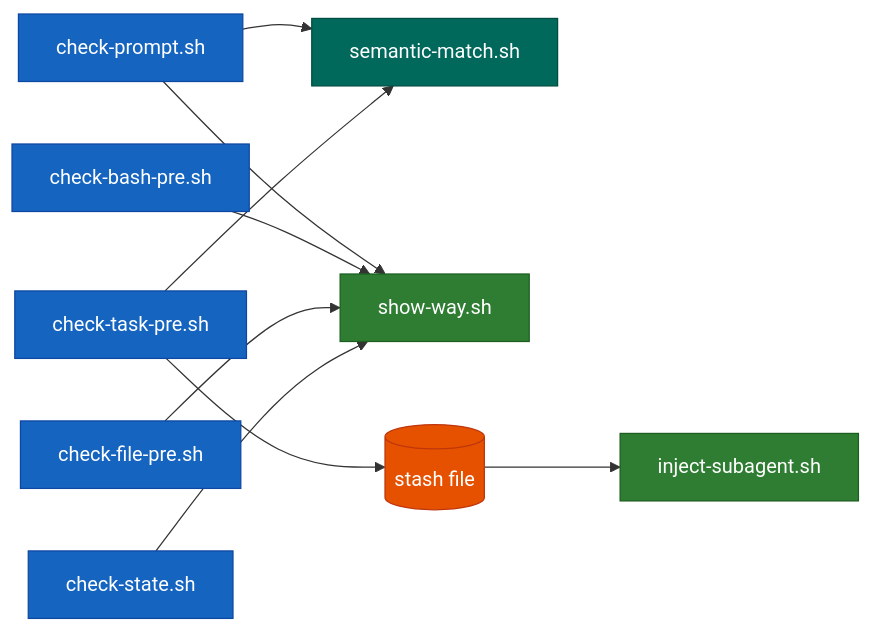
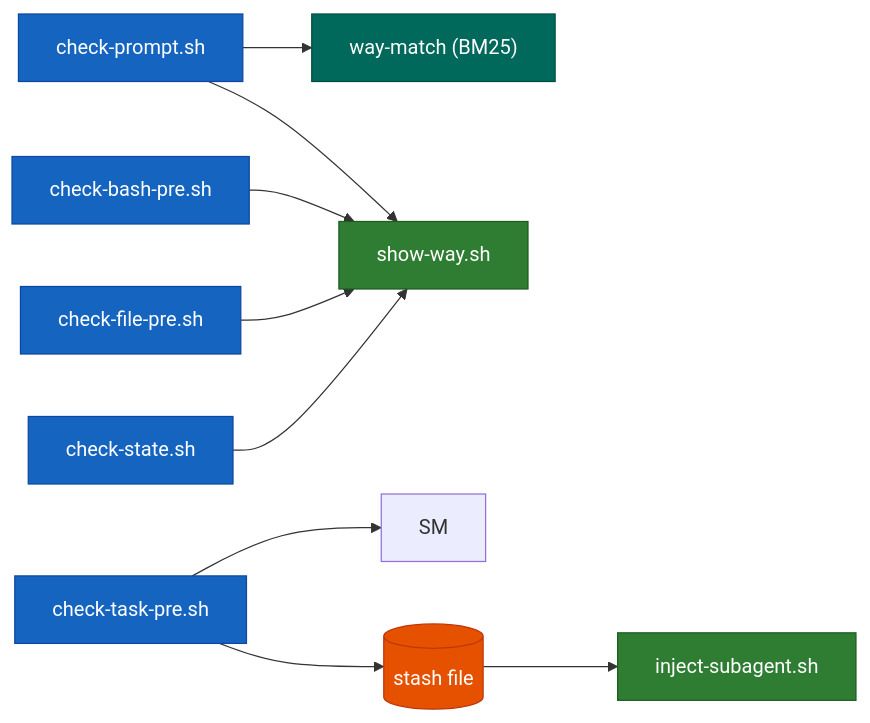
Before and after one commit to aaronsb/claude-code-config: the tenth of 12 diagrams in docs/architecture.md, drawn with Mermaid. The commit also changed other lines of this file and 3 other files, not shown here.

````diff
--- a/docs/architecture.md
+++ b/docs/architecture.md
@@ -406,18 +402,18 @@
 ```mermaid
 flowchart LR
     classDef trigger fill:#1565C0,stroke:#0D47A1,color:#fff
     classDef scan fill:#6A1B9A,stroke:#4A148C,color:#fff
     classDef output fill:#2E7D32,stroke:#1B5E20,color:#fff
     classDef stash fill:#E65100,stroke:#BF360C,color:#fff
     classDef util fill:#00695C,stroke:#004D40,color:#fff
 
-    CP["check-prompt.sh"]:::trigger --> SM["semantic-match.sh"]:::util
+    CP["check-prompt.sh"]:::trigger --> WM["way-match (BM25)"]:::util
     CP --> SW["show-way.sh"]:::output
     CB["check-bash-pre.sh"]:::trigger --> SW
     CF["check-file-pre.sh"]:::trigger --> SW
     CS["check-state.sh"]:::trigger --> SW
 
     CT["check-task-pre.sh"]:::trigger --> SM
     CT --> ST[("stash file")]:::stash
     ST --> IS["inject-subagent.sh"]:::output
 ```
````
